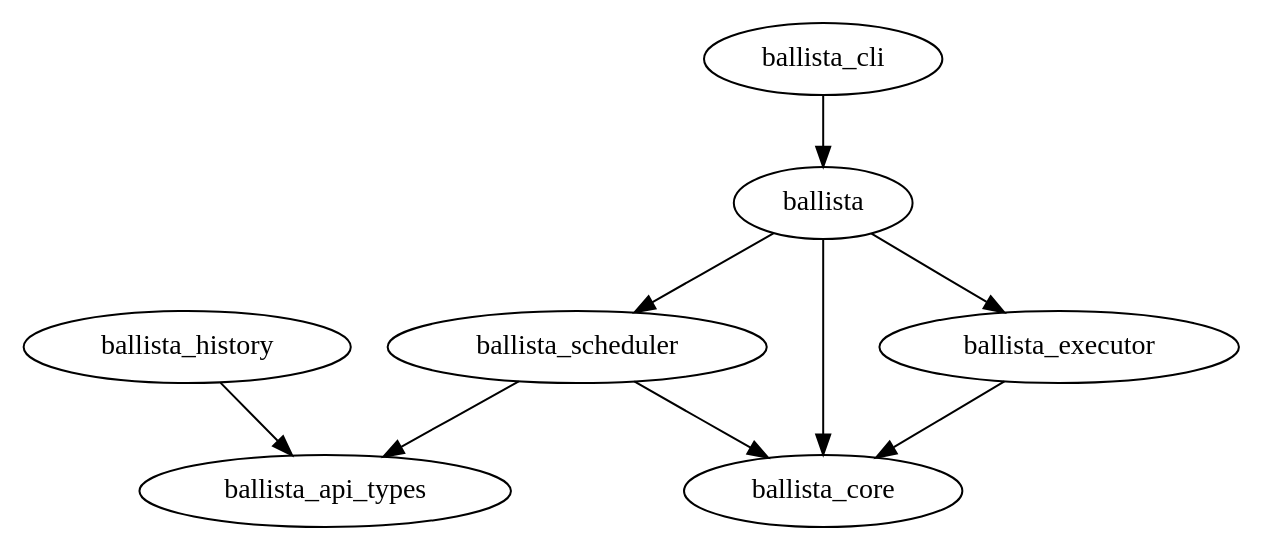
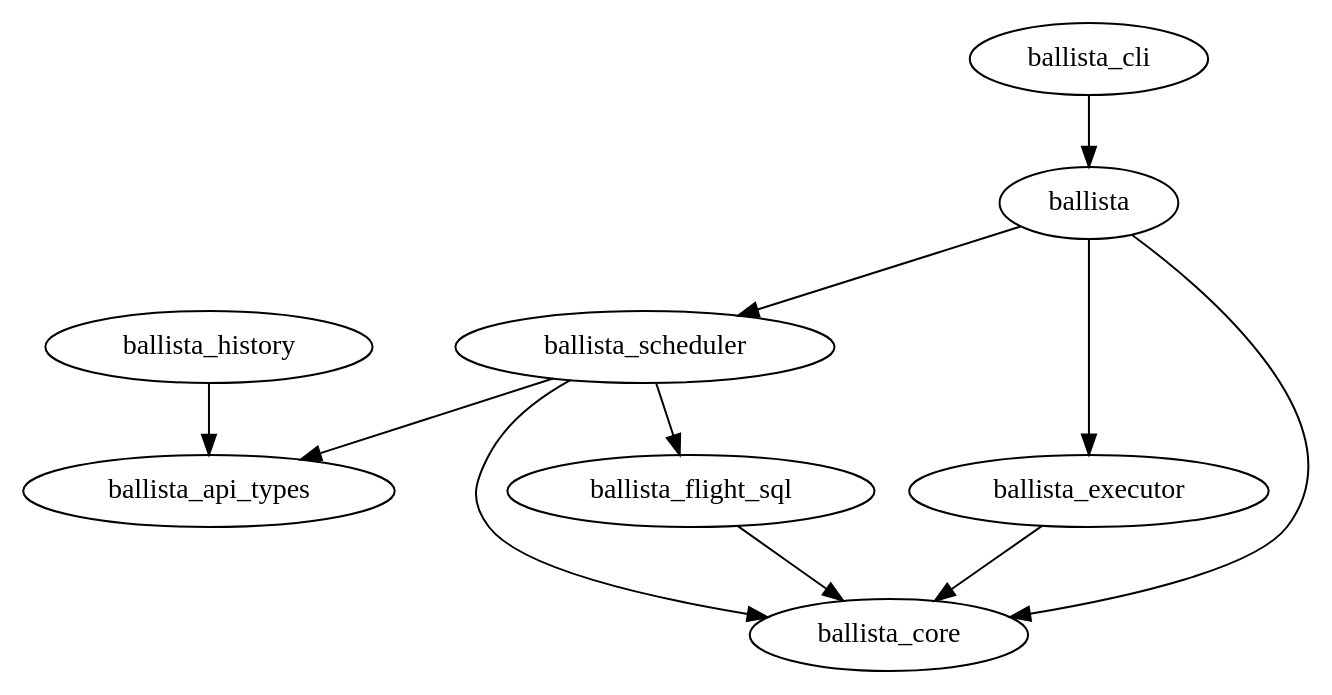
One commit to apache/datafusion-ballista changed the diagram in dev/release/crate-deps.dot. Above: the diagram before and after it, drawn with Graphviz. The commit also changed 4 other files, not shown here.

```diff
--- a/dev/release/crate-deps.dot
+++ b/dev/release/crate-deps.dot
@@ -1,41 +1,45 @@
 // Licensed to the Apache Software Foundation (ASF) under one
 // or more contributor license agreements.  See the NOTICE file
 // distributed with this work for additional information
 // regarding copyright ownership.  The ASF licenses this file
 // to you under the Apache License, Version 2.0 (the
 // "License"); you may not use this file except in compliance
 // with the License.  You may obtain a copy of the License at
 //
 //   http://www.apache.org/licenses/LICENSE-2.0
 //
 // Unless required by applicable law or agreed to in writing,
 // software distributed under the License is distributed on an
 // "AS IS" BASIS, WITHOUT WARRANTIES OR CONDITIONS OF ANY
 // KIND, either express or implied.  See the License for the
 // specific language governing permissions and limitations
 // under the License.
 
 digraph G {
 
     ballista_core
     ballista_api_types
+    ballista_flight_sql
     ballista_history
     ballista_scheduler
     ballista_executor
     ballista
     ballista_cli
 
     ballista_scheduler -> ballista_core
     ballista_scheduler -> ballista_api_types
+    ballista_scheduler -> ballista_flight_sql
+
+    ballista_flight_sql -> ballista_core
 
     ballista_history -> ballista_api_types
 
     ballista_executor -> ballista_core
 
     ballista -> ballista_core
     ballista -> ballista_scheduler
     ballista -> ballista_executor
 
 	ballista_cli -> ballista
 
 }
```
